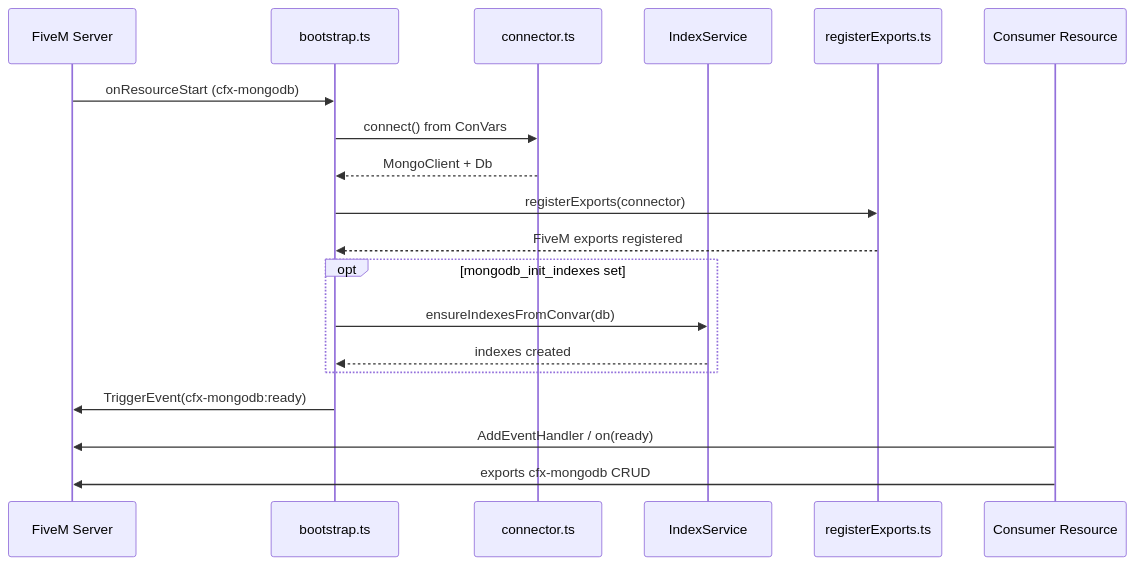
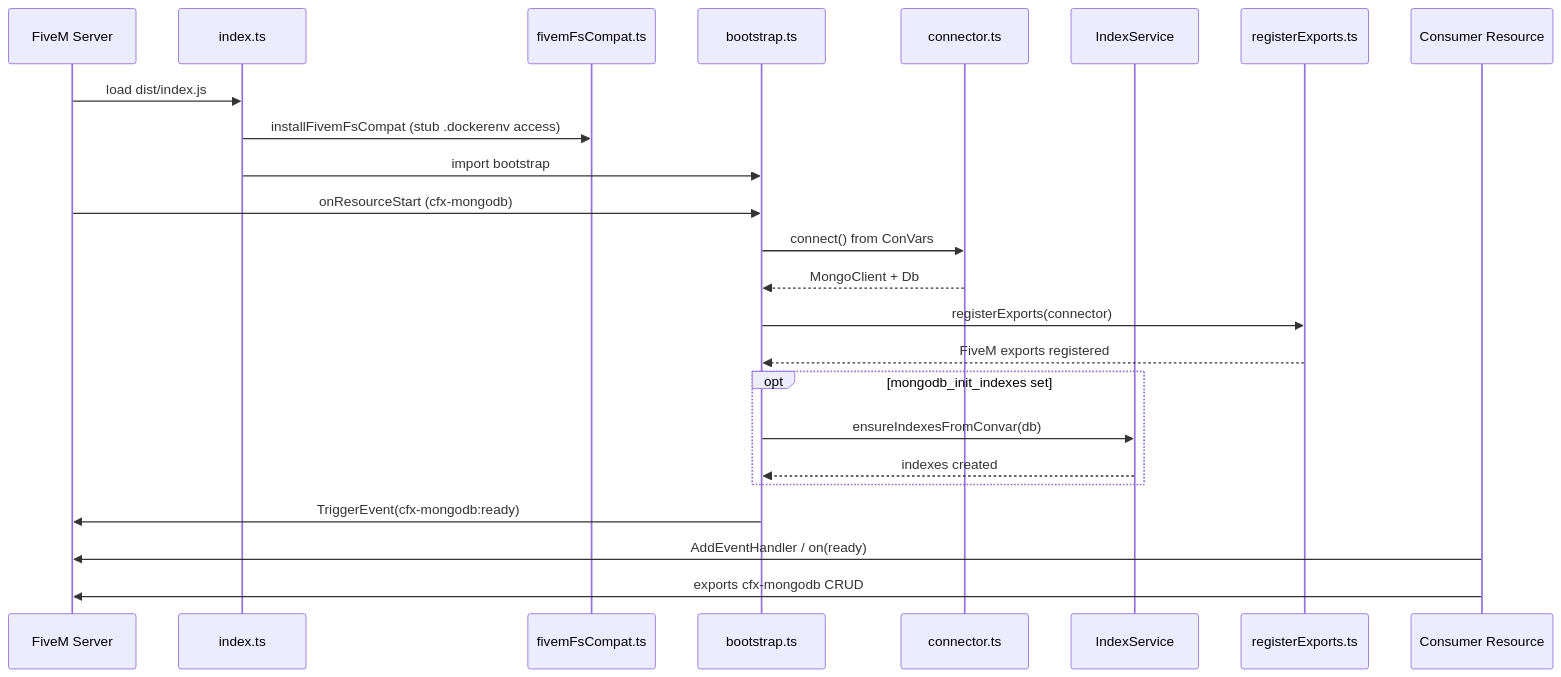
The first of 2 diagrams in docs/ARCHITECTURE.md (RaP-SoR/cfx-monodb), drawn with Mermaid before and after one commit. The commit also changed other lines of this file and 8 other files, not shown here.

Commit message:
fix(runtime): stub fs.access for MongoDB .dockerenv probe

````diff
--- a/docs/ARCHITECTURE.md
+++ b/docs/ARCHITECTURE.md
@@ -34,22 +34,27 @@
 ```mermaid
 sequenceDiagram
   participant FX as FiveM Server
+  participant Entry as index.ts
+  participant Fs as fivemFsCompat.ts
   participant Boot as bootstrap.ts
   participant Conn as connector.ts
   participant Idx as IndexService
   participant Reg as registerExports.ts
   participant Cons as Consumer Resource
 
+  FX->>Entry: load dist/index.js
+  Entry->>Fs: installFivemFsCompat (stub .dockerenv access)
+  Entry->>Boot: import bootstrap
   FX->>Boot: onResourceStart (cfx-mongodb)
   Boot->>Conn: connect() from ConVars
   Conn-->>Boot: MongoClient + Db
   Boot->>Reg: registerExports(connector)
   Reg-->>Boot: FiveM exports registered
   opt mongodb_init_indexes set
     Boot->>Idx: ensureIndexesFromConvar(db)
     Idx-->>Boot: indexes created
   end
   Boot->>FX: TriggerEvent(cfx-mongodb:ready)
   Cons->>FX: AddEventHandler / on(ready)
   Cons->>FX: exports cfx-mongodb CRUD
 ```
````
